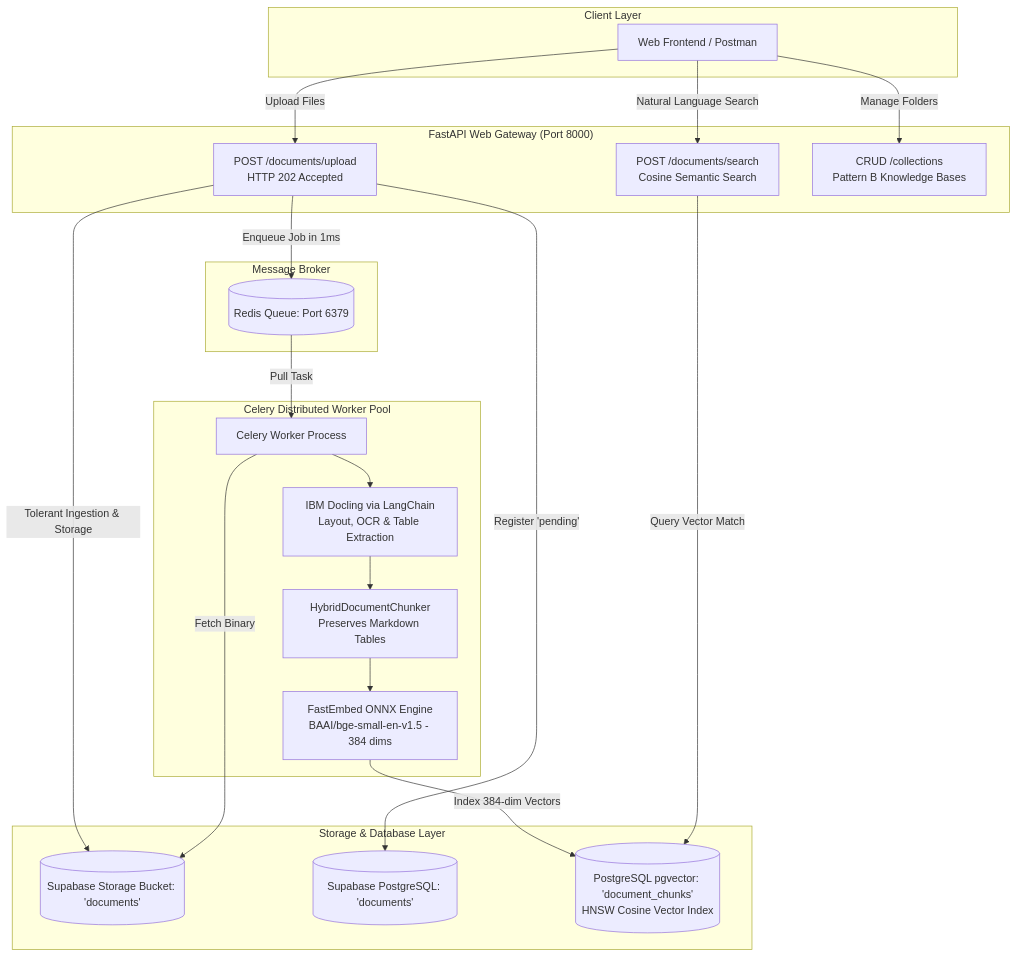
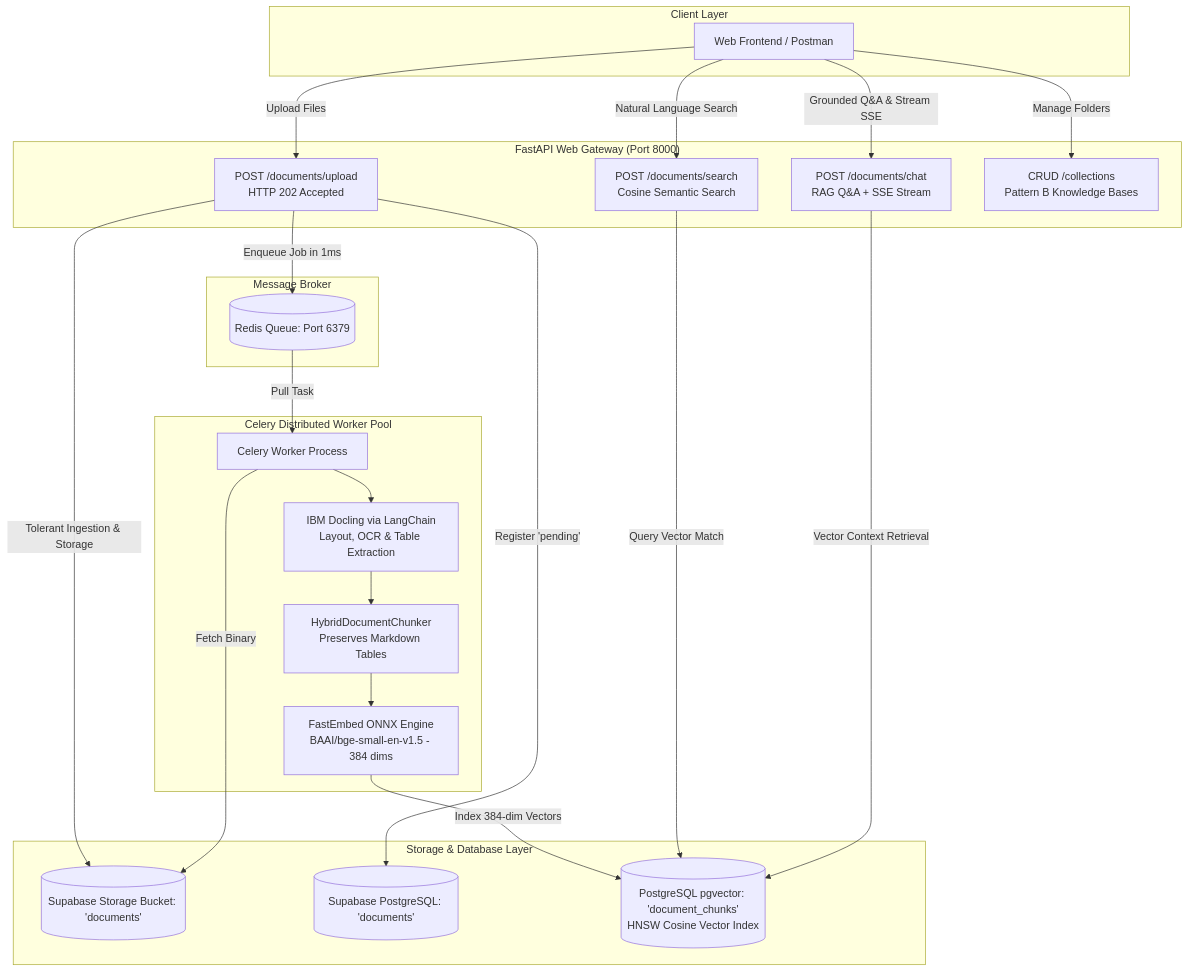
One commit to sabkat-ahmed-rafi/ai-document-intelligence-platform changed the diagram in README.md. Above: the diagram before and after it, drawn with Mermaid. The commit also changed other lines of this file and 3 other files, not shown here.

````diff
--- a/README.md
+++ b/README.md
@@ -26,43 +26,46 @@
 ```mermaid
 flowchart TD
     subgraph Client ["Client Layer"]
         Postman[Web Frontend / Postman]
     end
 
     subgraph API ["FastAPI Web Gateway (Port 8000)"]
         UploadEndpoint[POST /documents/upload<br/>HTTP 202 Accepted]
         SearchEndpoint[POST /documents/search<br/>Cosine Semantic Search]
+        ChatEndpoint[POST /documents/chat<br/>RAG Q&A + SSE Stream]
         CollectionsEndpoint[CRUD /collections<br/>Pattern B Knowledge Bases]
     end
 
     subgraph Storage ["Storage & Database Layer"]
         SupabaseStorage[(Supabase Storage Bucket: 'documents')]
         PostgreSQL[(Supabase PostgreSQL: 'documents')]
         PGVector[(PostgreSQL pgvector: 'document_chunks'<br/>HNSW Cosine Vector Index)]
     end
 
     subgraph Broker ["Message Broker"]
         Redis[(Redis Queue: Port 6379)]
     end
 
     subgraph Workers ["Celery Distributed Worker Pool"]
         CeleryWorker[Celery Worker Process]
         Docling[IBM Docling via LangChain<br/>Layout, OCR & Table Extraction]
         Chunker[HybridDocumentChunker<br/>Preserves Markdown Tables]
         FastEmbed[FastEmbed ONNX Engine<br/>BAAI/bge-small-en-v1.5 - 384 dims]
         CeleryWorker --> Docling --> Chunker --> FastEmbed
     end
 
     Postman -->|Upload Files| UploadEndpoint
     Postman -->|Natural Language Search| SearchEndpoint
+    Postman -->|Grounded Q&A & Stream SSE| ChatEndpoint
     Postman -->|Manage Folders| CollectionsEndpoint
 
     UploadEndpoint -->|Tolerant Ingestion & Storage| SupabaseStorage
     UploadEndpoint -->|Register 'pending'| PostgreSQL
     UploadEndpoint -->|Enqueue Job in 1ms| Redis
 
     Redis -->|Pull Task| CeleryWorker
     CeleryWorker -->|Fetch Binary| SupabaseStorage
     FastEmbed -->|Index 384-dim Vectors| PGVector
     SearchEndpoint -->|Query Vector Match| PGVector
+    ChatEndpoint -->|Vector Context Retrieval| PGVector
 ```
````
